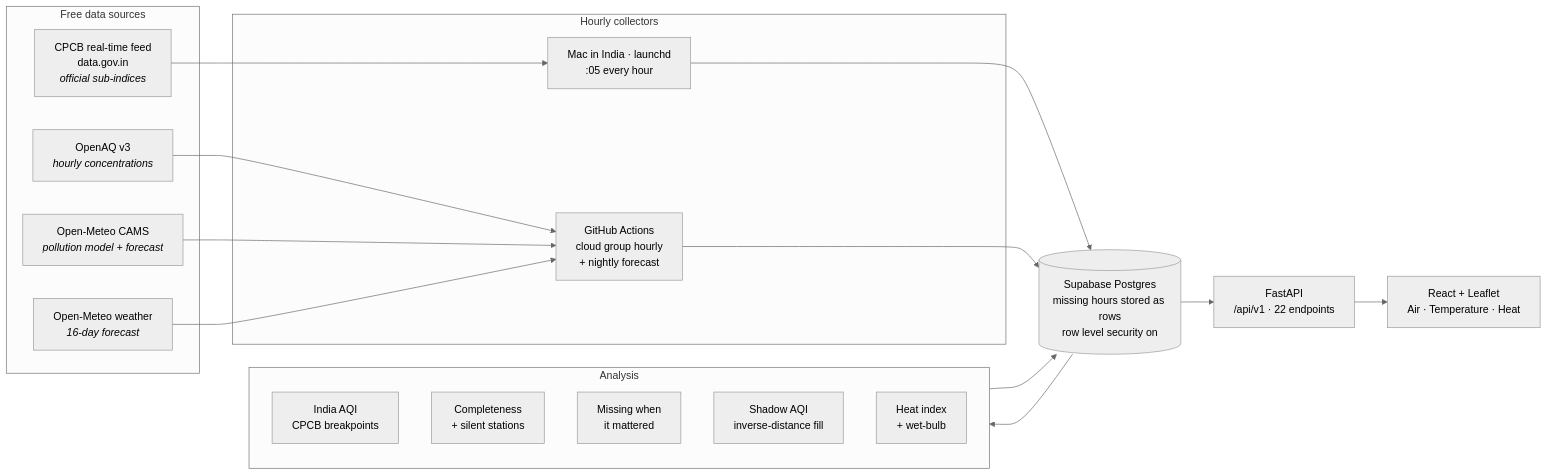
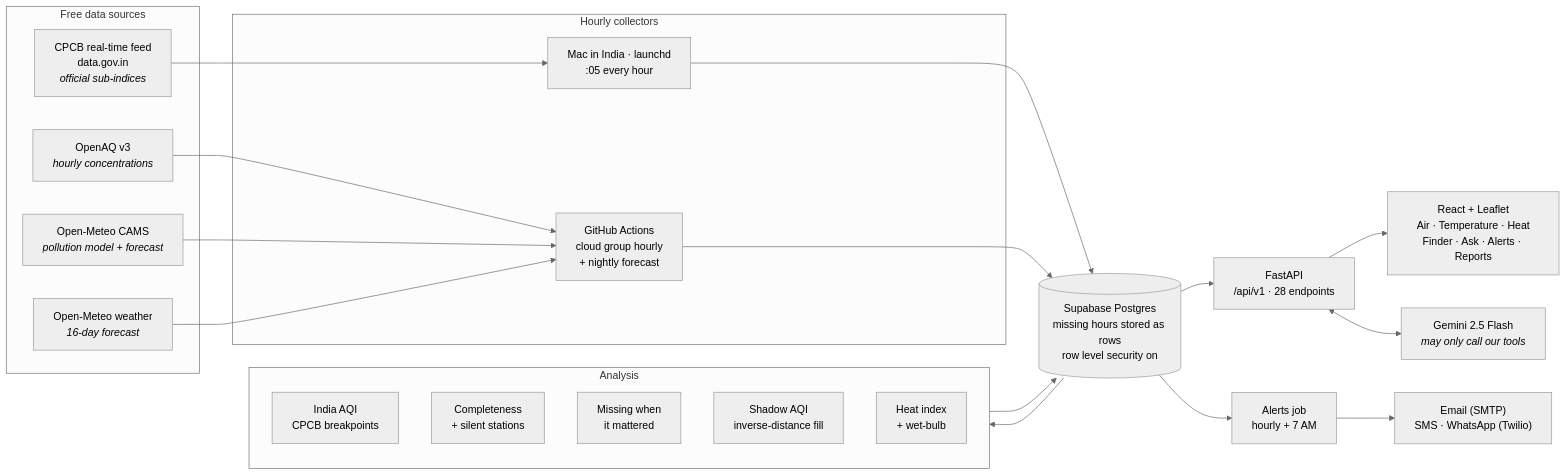
The second of 7 diagrams in README.md (tanaygit0530/Vayukavach), drawn with Mermaid (neutral theme) before and after one commit. The commit also changed other lines of this file and 10 other files, not shown here.

````diff
--- a/README.md
+++ b/README.md
@@ -120,36 +155,41 @@
 ```mermaid
 flowchart LR
   subgraph SRC["Free data sources"]
     CPCB["CPCB real-time feed<br/>data.gov.in<br/><i>official sub-indices</i>"]
     OAQ["OpenAQ v3<br/><i>hourly concentrations</i>"]
     CAMS["Open-Meteo CAMS<br/><i>pollution model + forecast</i>"]
     WX["Open-Meteo weather<br/><i>16-day forecast</i>"]
   end
 
   subgraph COLLECT["Hourly collectors"]
     MAC["Mac in India · launchd<br/>:05 every hour"]
     GHA["GitHub Actions<br/>cloud group hourly<br/>+ nightly forecast"]
   end
 
   DB[("Supabase Postgres<br/>missing hours stored as rows<br/>row level security on")]
 
   subgraph AN["Analysis"]
     AQI["India AQI<br/>CPCB breakpoints"]
     COMP["Completeness<br/>+ silent stations"]
     GAP["Missing when<br/>it mattered"]
     SH["Shadow AQI<br/>inverse-distance fill"]
     HEAT["Heat index<br/>+ wet-bulb"]
   end
 
-  API["FastAPI<br/>/api/v1 · 22 endpoints"]
-  UI["React + Leaflet<br/>Air · Temperature · Heat"]
+  API["FastAPI<br/>/api/v1 · 28 endpoints"]
+  UI["React + Leaflet<br/>Air · Temperature · Heat<br/>Finder · Ask · Alerts · Reports"]
+  LLM["Gemini 2.5 Flash<br/><i>may only call our tools</i>"]
+  ALR["Alerts job<br/>hourly + 7 AM"]
+  OUT["Email (SMTP)<br/>SMS · WhatsApp (Twilio)"]
 
   CPCB --> MAC
   OAQ --> GHA
   CAMS --> GHA
   WX --> GHA
   MAC --> DB
   GHA --> DB
   DB --> AN --> DB
   DB --> API --> UI
+  API <--> LLM
+  DB --> ALR --> OUT
 ```
````
